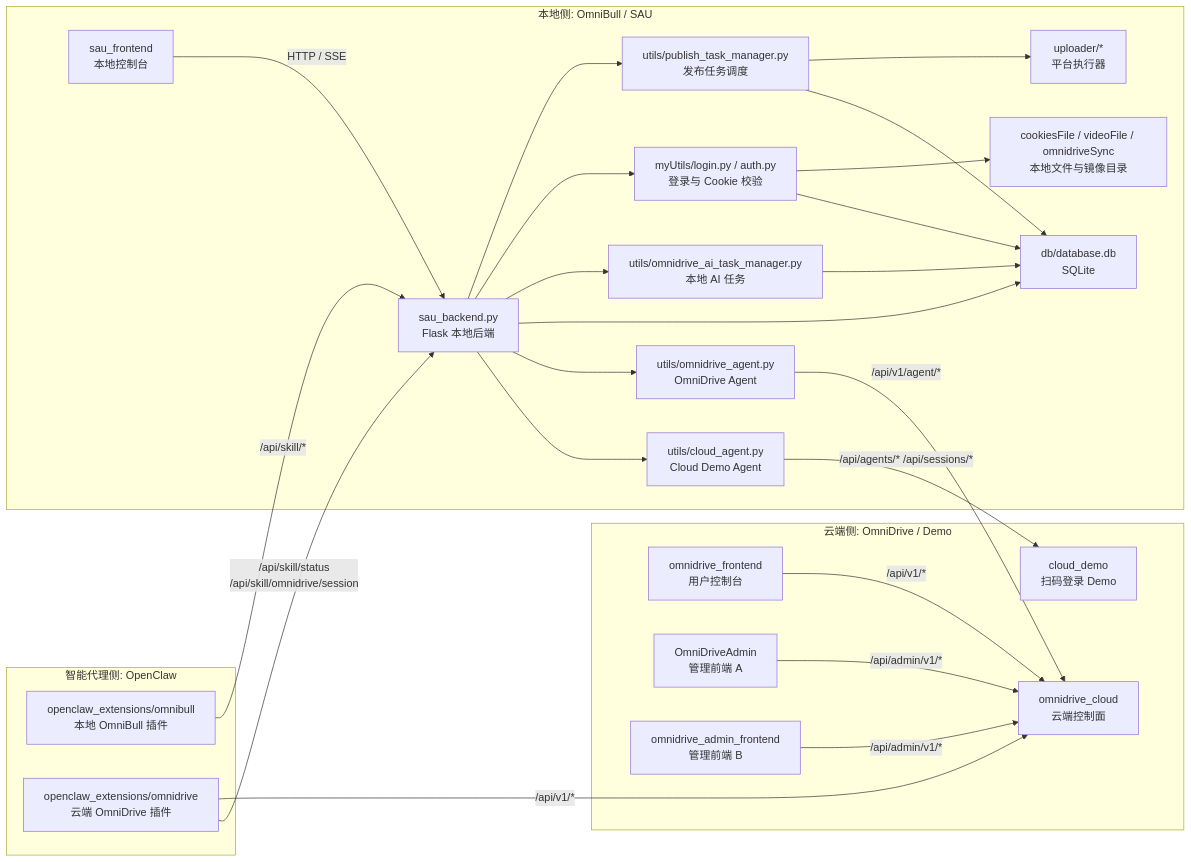
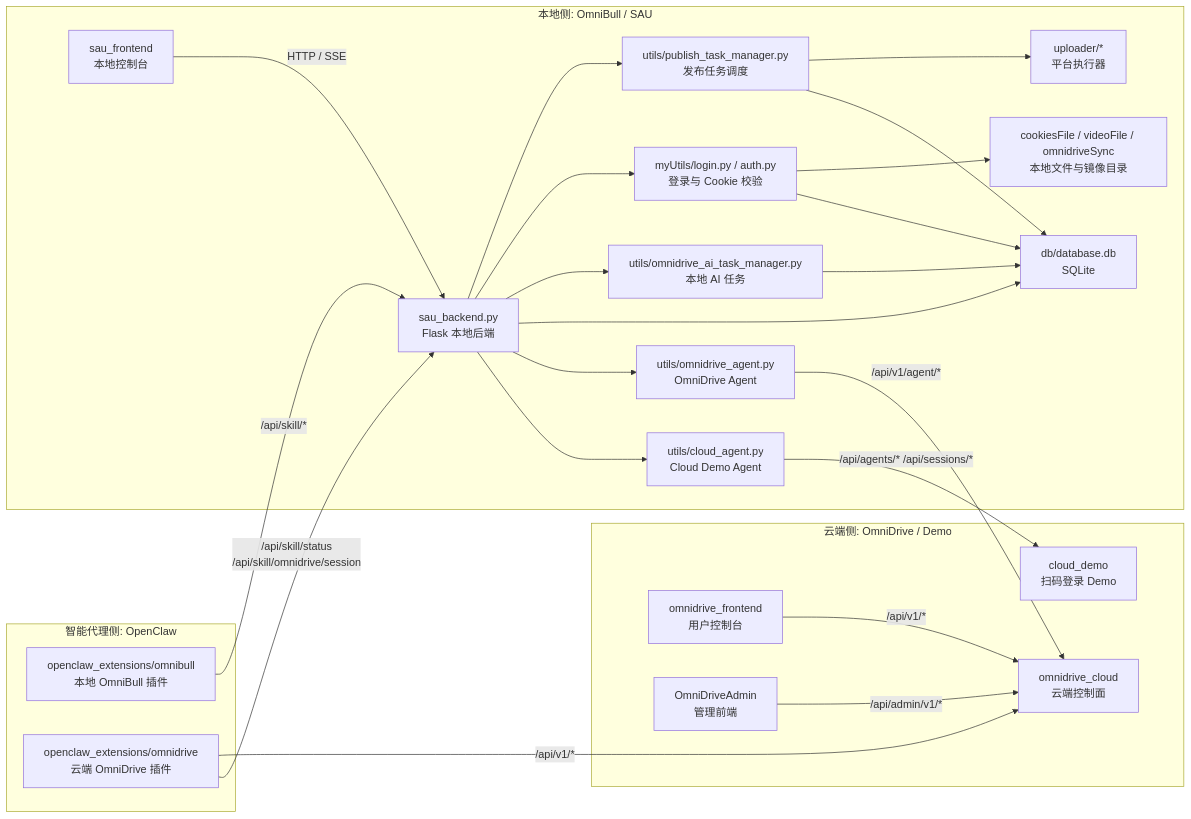
Before and after one commit to MSunne/social-auto-upload: the first of 4 diagrams in docs/module_relationships.md, drawn with Mermaid. The commit also changed other lines of this file and 44 other files, not shown here.

````diff
--- a/docs/module_relationships.md
+++ b/docs/module_relationships.md
@@ -16,52 +16,50 @@
 ```mermaid
 flowchart LR
   subgraph LOCAL["本地侧: OmniBull / SAU"]
     FE["sau_frontend<br/>本地控制台"]
     BE["sau_backend.py<br/>Flask 本地后端"]
     TASK["utils/publish_task_manager.py<br/>发布任务调度"]
     LOGIN["myUtils/login.py / auth.py<br/>登录与 Cookie 校验"]
     AI["utils/omnidrive_ai_task_manager.py<br/>本地 AI 任务"]
     UP["uploader/*<br/>平台执行器"]
     DB["db/database.db<br/>SQLite"]
     FILES["cookiesFile / videoFile / omnidriveSync<br/>本地文件与镜像目录"]
     OAG["utils/omnidrive_agent.py<br/>OmniDrive Agent"]
     CAG["utils/cloud_agent.py<br/>Cloud Demo Agent"]
   end
 
   subgraph CLOUD["云端侧: OmniDrive / Demo"]
     ODC["omnidrive_cloud<br/>云端控制面"]
     ODF["omnidrive_frontend<br/>用户控制台"]
-    ODA["OmniDriveAdmin<br/>管理前端 A"]
-    ODB["omnidrive_admin_frontend<br/>管理前端 B"]
+    ODA["OmniDriveAdmin<br/>管理前端"]
     DEMO["cloud_demo<br/>扫码登录 Demo"]
   end
 
   subgraph CLAW["智能代理侧: OpenClaw"]
     OCB["openclaw_extensions/omnibull<br/>本地 OmniBull 插件"]
     OCD["openclaw_extensions/omnidrive<br/>云端 OmniDrive 插件"]
   end
 
   FE -->|"HTTP / SSE"| BE
   BE --> TASK
   BE --> LOGIN
   BE --> AI
   TASK --> UP
   LOGIN --> FILES
   TASK --> DB
   AI --> DB
   LOGIN --> DB
   BE --> DB
   BE --> OAG
   BE --> CAG
 
   ODF -->|"/api/v1/*"| ODC
   ODA -->|"/api/admin/v1/*"| ODC
-  ODB -->|"/api/admin/v1/*"| ODC
 
   OAG -->|"/api/v1/agent/*"| ODC
   CAG -->|"/api/agents/* /api/sessions/*"| DEMO
 
   OCB -->|"/api/skill/*"| BE
   OCD -->|"/api/v1/*"| ODC
   OCD -->|"/api/skill/status<br/>/api/skill/omnidrive/session"| BE
 ```
````
